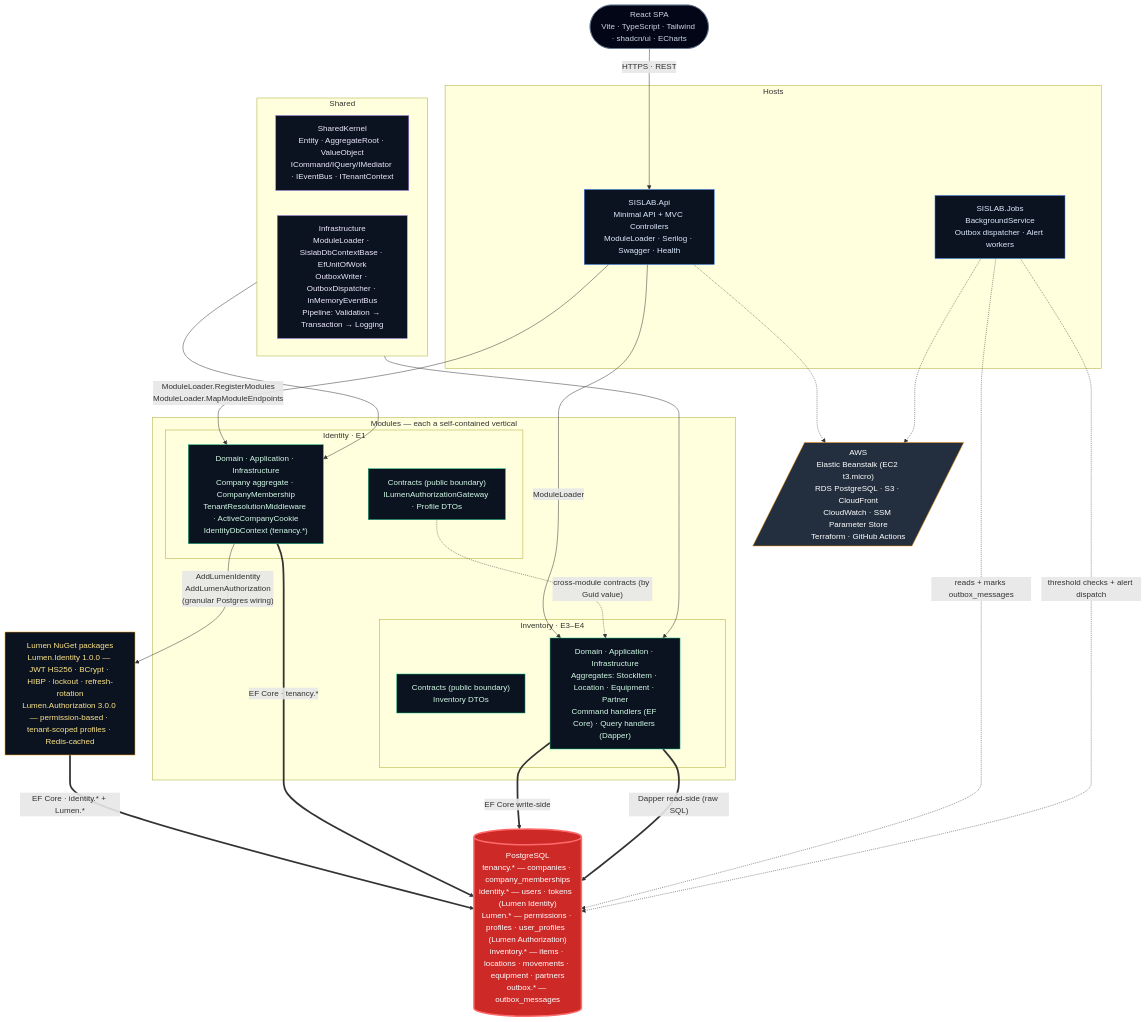
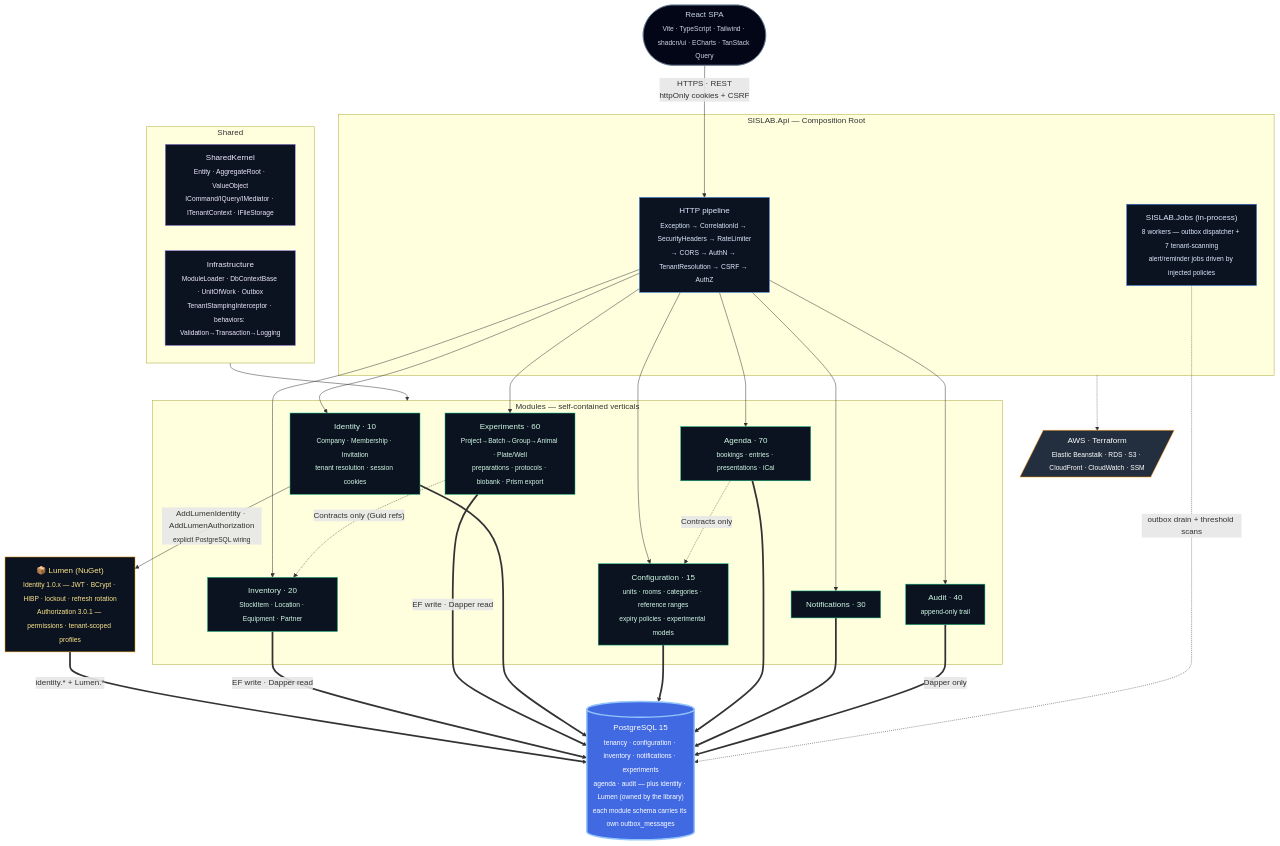
Before and after one commit to KauaVilasBoas/SISLAB: the diagram in README.md, drawn with Mermaid. The commit also changed other lines of this file and 1 other file, not shown here.

````diff
--- a/README.md
+++ b/README.md
@@ -71,69 +142,69 @@
 ```mermaid
 flowchart TB
-    SPA(["React SPA\nVite · TypeScript · Tailwind · shadcn/ui · ECharts"])
+    SPA(["React SPA<br/><sub>Vite · TypeScript · Tailwind · shadcn/ui · ECharts · TanStack Query</sub>"])
 
-    subgraph HOSTS["Hosts"]
-        API["SISLAB.Api\nMinimal API + MVC Controllers\nModuleLoader · Serilog · Swagger · Health"]
-        JOBS["SISLAB.Jobs\nBackgroundService\nOutbox dispatcher · Alert workers"]
+    subgraph HOST["SISLAB.Api — Composition Root"]
+        PIPE["HTTP pipeline<br/><sub>Exception → CorrelationId → SecurityHeaders → RateLimiter<br/>→ CORS → AuthN → TenantResolution → CSRF → AuthZ</sub>"]
+        JOBS["SISLAB.Jobs (in-process)<br/><sub>8 workers — outbox dispatcher + 7 tenant-scanning<br/>alert/reminder jobs driven by injected policies</sub>"]
     end
 
-    subgraph MODS["Modules — each a self-contained vertical"]
-        subgraph IDM["Identity · E1"]
-            IDC["Contracts (public boundary)\nILumenAuthorizationGateway · Profile DTOs"]
-            IDI["Domain · Application · Infrastructure\nCompany aggregate · CompanyMembership\nTenantResolutionMiddleware · ActiveCompanyCookie\nIdentityDbContext (tenancy.*)"]
-        end
-        subgraph INV["Inventory · E3–E4"]
-            INVC["Contracts (public boundary)\nInventory DTOs"]
-            INVI["Domain · Application · Infrastructure\nAggregates: StockItem · Location · Equipment · Partner\nCommand handlers (EF Core) · Query handlers (Dapper)"]
-        end
+    subgraph MODS["Modules — self-contained verticals"]
+        IDN["Identity · 10<br/><sub>Company · Membership · Invitation<br/>tenant resolution · session cookies</sub>"]
+        CFG["Configuration · 15<br/><sub>units · rooms · categories · reference ranges<br/>expiry policies · experimental models</sub>"]
+        INV["Inventory · 20<br/><sub>StockItem · Location · Equipment · Partner</sub>"]
+        NTF["Notifications · 30"]
+        AUD["Audit · 40<br/><sub>append-only trail</sub>"]
+        EXP["Experiments · 60<br/><sub>Project→Batch→Group→Animal · Plate/Well<br/>preparations · protocols · biobank · Prism export</sub>"]
+        AGD["Agenda · 70<br/><sub>bookings · entries · presentations · iCal</sub>"]
     end
 
     subgraph SHARED["Shared"]
-        SK["SharedKernel\nEntity · AggregateRoot · ValueObject\nICommand/IQuery/IMediator · IEventBus · ITenantContext"]
-        INFRA["Infrastructure\nModuleLoader · SislabDbContextBase · EfUnitOfWork\nOutboxWriter · OutboxDispatcher · InMemoryEventBus\nPipeline: Validation → Transaction → Logging"]
+        SK["SharedKernel<br/><sub>Entity · AggregateRoot · ValueObject<br/>ICommand/IQuery/IMediator · ITenantContext · IFileStorage</sub>"]
+        INFRA["Infrastructure<br/><sub>ModuleLoader · DbContextBase · UnitOfWork · Outbox<br/>TenantStampingInterceptor · behaviors: Validation→Transaction→Logging</sub>"]
     end
 
-    LUM["Lumen NuGet packages\nLumen.Identity 1.0.0 — JWT HS256 · BCrypt · HIBP · lockout · refresh-rotation\nLumen.Authorization 3.0.0 — permission-based · tenant-scoped profiles · Redis-cached"]
+    LUM["📦 Lumen (NuGet)<br/><sub>Identity 1.0.x — JWT · BCrypt · HIBP · lockout · refresh rotation<br/>Authorization 3.0.1 — permissions · tenant-scoped profiles</sub>"]
 
-    DB[("PostgreSQL\ntenancy.* — companies · company_memberships\nidentity.* — users · tokens  (Lumen Identity)\nLumen.* — permissions · profiles · user_profiles  (Lumen Authorization)\ninventory.* — items · locations · movements · equipment · partners\noutbox.* — outbox_messages")]
+    DB[("PostgreSQL 15<br/><sub>tenancy · configuration · inventory · notifications · experiments<br/>agenda · audit — plus identity · Lumen (owned by the library)<br/>each module schema carries its own outbox_messages</sub>")]
 
-    AWS[/"AWS\nElastic Beanstalk (EC2 t3.micro)\nRDS PostgreSQL · S3 · CloudFront\nCloudWatch · SSM Parameter Store\nTerraform · GitHub Actions"/]
+    AWS[/"AWS · Terraform<br/><sub>Elastic Beanstalk · RDS · S3 · CloudFront · CloudWatch · SSM</sub>"/]
 
-    SPA -- "HTTPS · REST" --> API
-    API -- "ModuleLoader.RegisterModules\nModuleLoader.MapModuleEndpoints" --> IDI
-    API -- "ModuleLoader" --> INVI
+    SPA -- "HTTPS · REST<br/>httpOnly cookies + CSRF" --> PIPE
 
-    IDI -- "AddLumenIdentity\nAddLumenAuthorization\n(granular Postgres wiring)" --> LUM
+    PIPE --> IDN & CFG & INV & NTF & AUD & EXP & AGD
 
-    LUM ==> |"EF Core · identity.* + Lumen.*"| DB
-    IDI ==> |"EF Core · tenancy.*"| DB
-    INVI ==> |"EF Core write-side"| DB
-    INVI == "Dapper read-side (raw SQL)" ==> DB
+    IDN -- "AddLumenIdentity · AddLumenAuthorization<br/><sub>explicit PostgreSQL wiring</sub>" --> LUM
 
-    JOBS -. "reads + marks outbox_messages" .-> DB
-    JOBS -. "threshold checks + alert dispatch" .-> DB
+    LUM ==> |"identity.* + Lumen.*"| DB
+    INV == "EF write · Dapper read" ==> DB
+    EXP == "EF write · Dapper read" ==> DB
+    IDN ==> DB
+    CFG ==> DB
+    AGD ==> DB
+    NTF ==> DB
+    AUD == "Dapper only" ==> DB
 
-    IDC -. "cross-module contracts (by Guid value)" .-> INVI
+    JOBS -. "outbox drain + threshold scans" .-> DB
+    EXP -. "Contracts only (Guid refs)" .-> INV
+    AGD -. "Contracts only" .-> CFG
 
-    SHARED --> IDI
-    SHARED --> INVI
+    SHARED --> MODS
 
-    API -.-> AWS
-    JOBS -.-> AWS
+    HOST -.-> AWS
 
     classDef host     fill:#0b1220,stroke:#3b82f6,color:#dbeafe
     classDef module   fill:#0b1220,stroke:#10b981,color:#d1fae5
     classDef shared   fill:#0b1220,stroke:#a78bfa,color:#ede9fe
     classDef lumen    fill:#0b1220,stroke:#f59e0b,color:#fde68a
     classDef external fill:#020617,stroke:#64748b,color:#cbd5e1
-    classDef db       fill:#CC2927,stroke:#ff6b6b,color:#ffffff,stroke-width:3px
+    classDef db       fill:#4169E1,stroke:#93c5fd,color:#ffffff,stroke-width:3px
     classDef aws      fill:#232F3E,stroke:#FF9900,color:#ffffff
 
-    class API,JOBS host
-    class IDC,IDI,INVC,INVI module
+    class PIPE,JOBS host
+    class IDN,CFG,INV,NTF,AUD,EXP,AGD module
     class SK,INFRA shared
     class LUM lumen
     class SPA external
     class DB db
     class AWS aws
 ```
````
